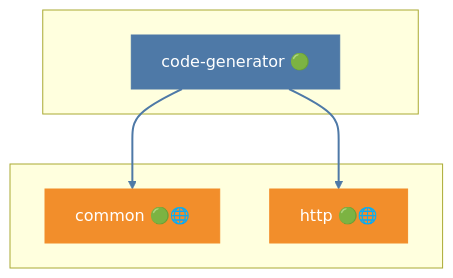
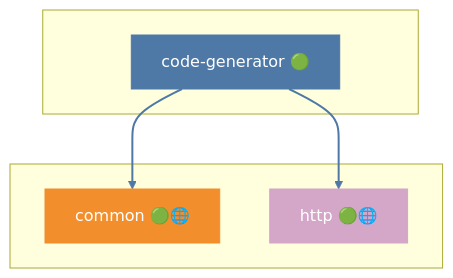
Before and after one commit to grest-ts/grest-ts: the second of 40 diagrams in docs/DEPENDENCIES.md, drawn with Mermaid. The commit also changed other lines of this file and 34 other files, not shown here.

````diff
--- a/docs/DEPENDENCIES.md
+++ b/docs/DEPENDENCIES.md
@@ -359,17 +357,17 @@
 ```mermaid
 flowchart TB
     subgraph Package[" "]
         code-generator["code-generator 🟢"]
     end
     subgraph Dependencies[" "]
         common["common 🟢🌐"]
         http["http 🟢🌐"]
     end
     code-generator --> common
     code-generator --> http
     style code-generator fill:#4E79A7,stroke:#4E79A7,color:#fff
     style common fill:#F28E2B,stroke:#F28E2B,color:#fff
-    style http fill:#F28E2B,stroke:#F28E2B,color:#fff
+    style http fill:#D4A6C8,stroke:#D4A6C8,color:#fff
     linkStyle 0 stroke:#4E79A7,stroke-width:2px
     linkStyle 1 stroke:#4E79A7,stroke-width:2px
 ```
````
